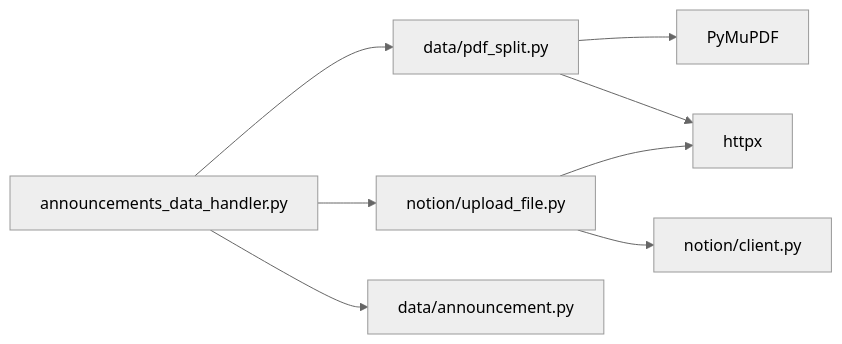
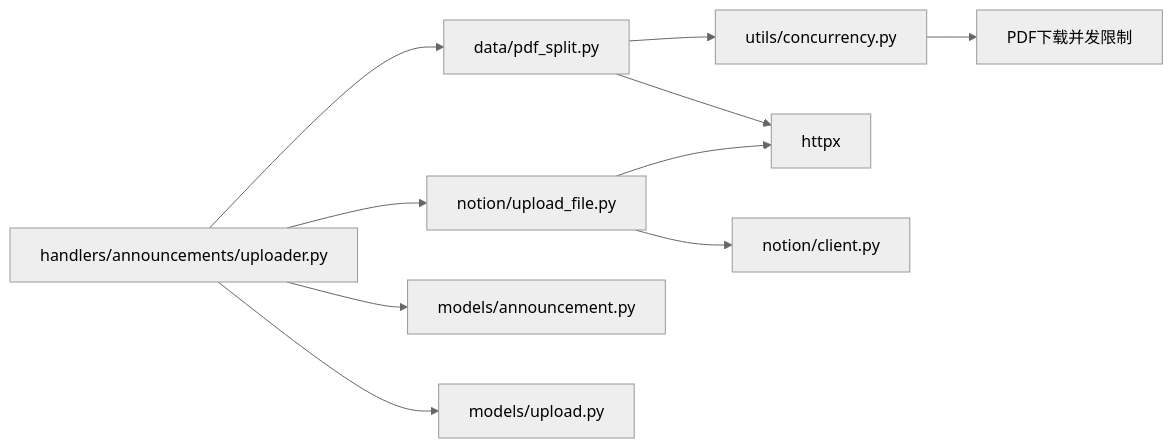
The sixth of 6 diagrams in .qoder/repowiki/zh/content/核心模块详解/PDF文件处理模块.md (iverwong/DataLife), drawn with Mermaid (neutral theme) before and after one commit. The commit also changed other lines of this file and 14 other files, not shown here.

````diff
--- a/.qoder/repowiki/zh/content/核心模块详解/PDF文件处理模块.md
+++ b/.qoder/repowiki/zh/content/核心模块详解/PDF文件处理模块.md
@@ -238,10 +322,12 @@
 ```mermaid
 graph LR
-A["announcements_data_handler.py"] --> B["data/pdf_split.py"]
+A["handlers/announcements/uploader.py"] --> B["data/pdf_split.py"]
 A --> C["notion/upload_file.py"]
-B --> D["PyMuPDF"]
+B --> D["utils/concurrency.py"]
 B --> E["httpx"]
 C --> F["notion/client.py"]
 C --> E
-A --> G["data/announcement.py"]
+A --> G["models/announcement.py"]
+A --> H["models/upload.py"]
+D --> I["PDF下载并发限制"]
 ```
````
